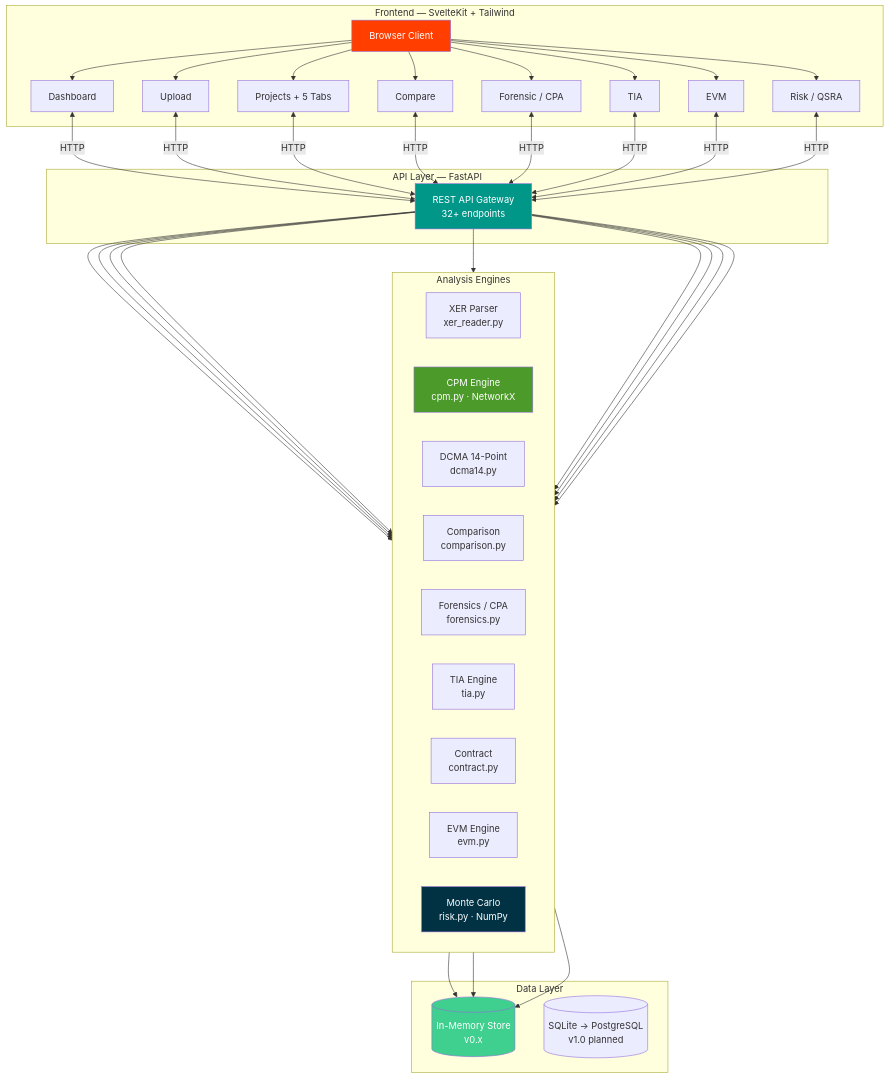
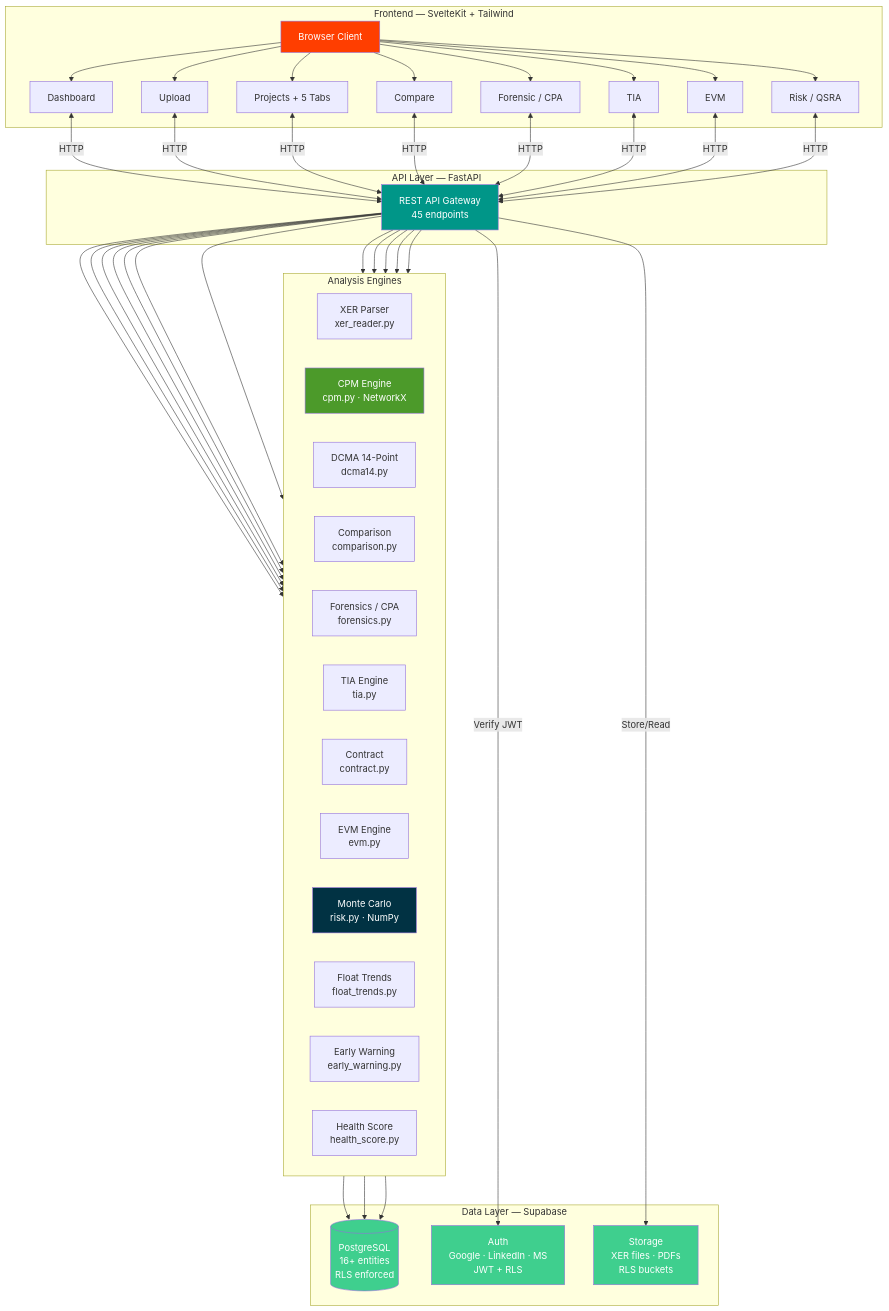
The first of 7 diagrams in docs/architecture.md (VitorMRodovalho/meridianiq), drawn with Mermaid before and after one commit. The commit also changed other lines of this file and 103 other files, not shown here.

````diff
--- a/docs/architecture.md
+++ b/docs/architecture.md
@@ -8,56 +8,67 @@
 ```mermaid
 graph TB
     subgraph "Frontend — SvelteKit + Tailwind"
         UI[Browser Client]
         UI --> Dashboard[Dashboard]
         UI --> Upload[Upload]
         UI --> Projects[Projects + 5 Tabs]
         UI --> Compare[Compare]
         UI --> Forensic[Forensic / CPA]
         UI --> TIA[TIA]
         UI --> EVM[EVM]
         UI --> Risk[Risk / QSRA]
     end
 
     subgraph "API Layer — FastAPI"
-        API[REST API Gateway<br/>32+ endpoints]
+        API[REST API Gateway<br/>45 endpoints]
     end
 
     subgraph "Analysis Engines"
         direction LR
         P[XER Parser<br/>xer_reader.py]
         CPM[CPM Engine<br/>cpm.py · NetworkX]
         DCMA[DCMA 14-Point<br/>dcma14.py]
         COMP[Comparison<br/>comparison.py]
         FOR[Forensics / CPA<br/>forensics.py]
         TIA_E[TIA Engine<br/>tia.py]
         CON[Contract<br/>contract.py]
         EVM_E[EVM Engine<br/>evm.py]
         RISK[Monte Carlo<br/>risk.py · NumPy]
+        FT[Float Trends<br/>float_trends.py]
+        EW[Early Warning<br/>early_warning.py]
+        HS[Health Score<br/>health_score.py]
     end
 
-    subgraph "Data Layer"
-        MEM[(In-Memory Store<br/>v0.x)]
-        DB[(SQLite → PostgreSQL<br/>v1.0 planned)]
+    subgraph "Data Layer — Supabase"
+        DB[("PostgreSQL<br/>16+ entities<br/>RLS enforced")]
+        AUTH["Auth<br/>Google · LinkedIn · MS<br/>JWT + RLS"]
+        STORAGE["Storage<br/>XER files · PDFs<br/>RLS buckets"]
     end
 
     Dashboard & Upload & Projects & Compare & Forensic & TIA & EVM & Risk <-->|HTTP| API
     API --> P
     API --> CPM
     API --> DCMA
     API --> COMP
     API --> FOR
     API --> TIA_E
     API --> CON
     API --> EVM_E
     API --> RISK
-    P --> MEM
-    CPM --> MEM
-    COMP --> MEM
+    API --> FT
+    API --> EW
+    API --> HS
+    P --> DB
+    CPM --> DB
+    COMP --> DB
+    API -->|"Verify JWT"| AUTH
+    API -->|"Store/Read"| STORAGE
 
     style UI fill:#FF3E00,color:#fff
     style API fill:#009688,color:#fff
     style CPM fill:#4C9A2A,color:#fff
     style RISK fill:#013243,color:#fff
-    style MEM fill:#3FCF8E,color:#fff
+    style DB fill:#3FCF8E,color:#fff
+    style AUTH fill:#3FCF8E,color:#fff
+    style STORAGE fill:#3FCF8E,color:#fff
 ```
````
